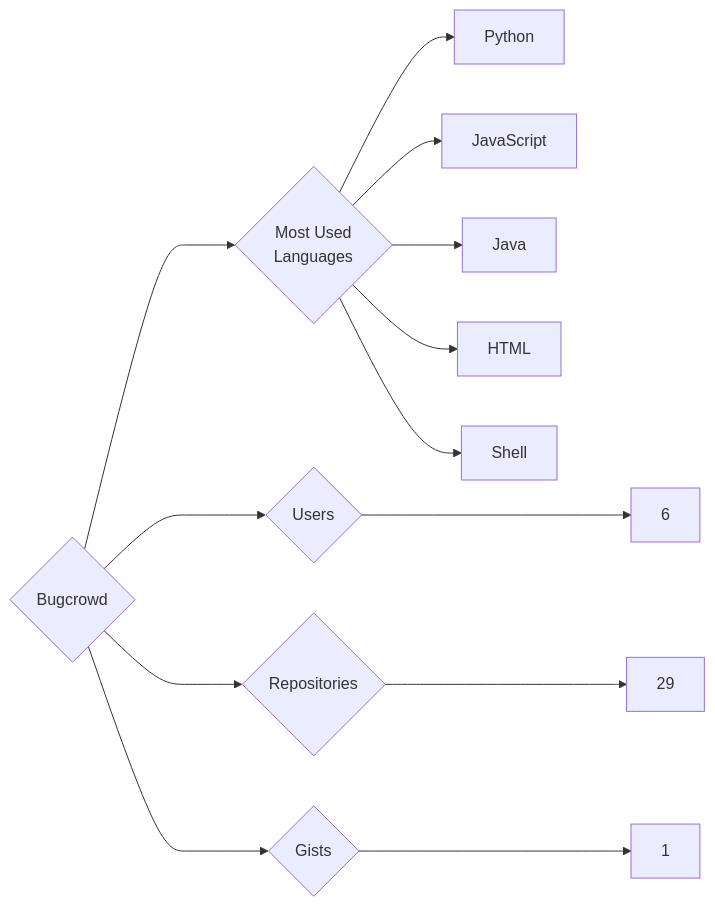
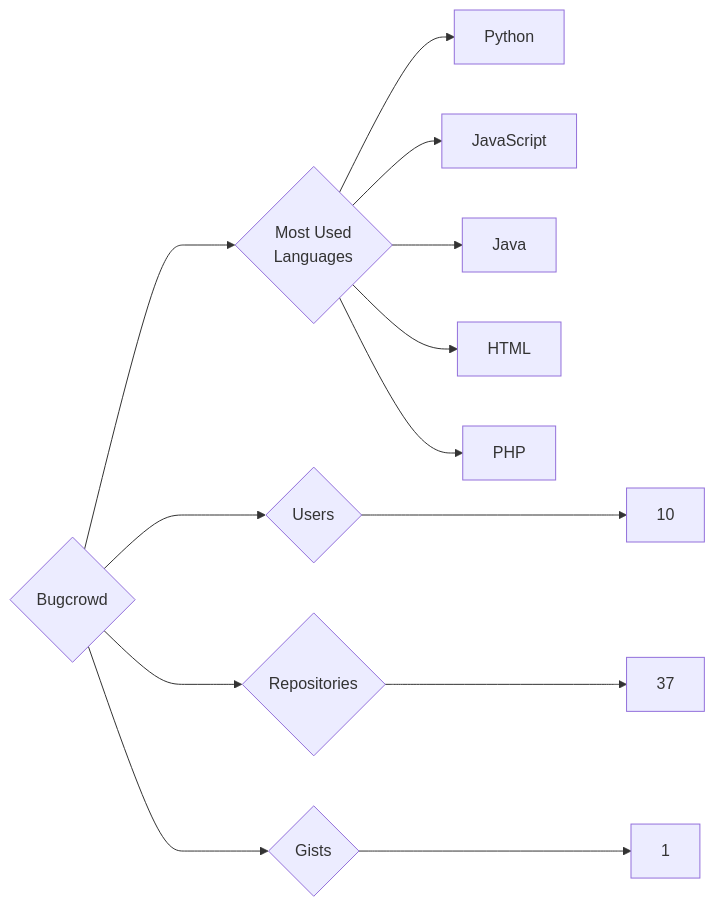
Before and after one commit to trickest/insiders: the diagram in targets/Bugcrowd/README.md, drawn with Mermaid. The commit also changed 1055 other files, not shown here.

````diff
--- a/targets/Bugcrowd/README.md
+++ b/targets/Bugcrowd/README.md
@@ -3,13 +3,13 @@
 ```mermaid
 graph LR
 COMPANY_NAME{Bugcrowd}
-COMPANY_NAME ---> U{Users} ---> UN[6]
-COMPANY_NAME ---> R{Repositories} ---> RN[29]
+COMPANY_NAME ---> U{Users} ---> UN[10]
+COMPANY_NAME ---> R{Repositories} ---> RN[37]
 COMPANY_NAME ---> G{Gists} ---> GN[1]
 COMPANY_NAME ---> ML{Most Used<br>Languages}
 ML --> Python[Python]
 ML --> JavaScript[JavaScript]
 ML --> Java[Java]
 ML --> HTML[HTML]
-ML --> Shell[Shell]
+ML --> PHP[PHP]
 ```
````
